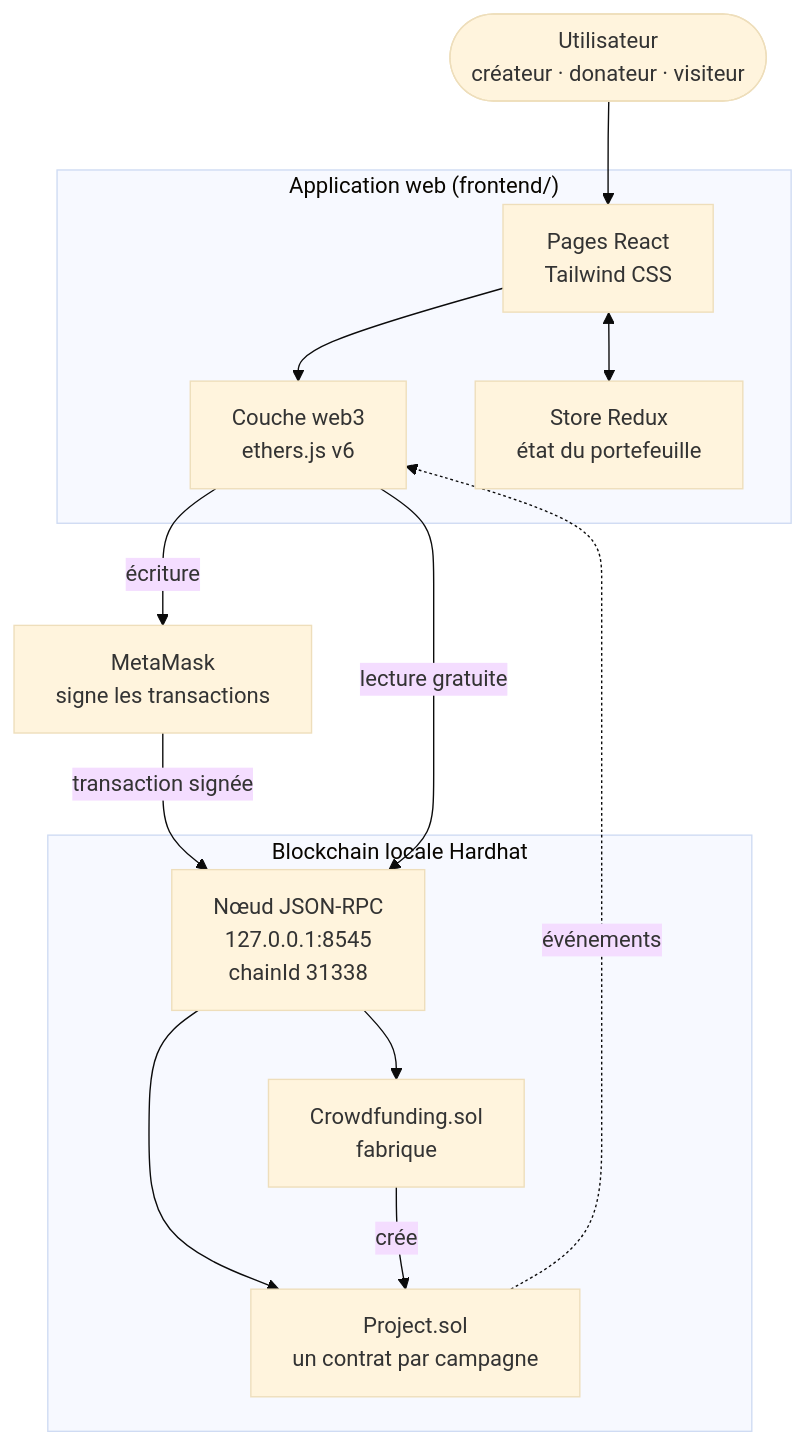
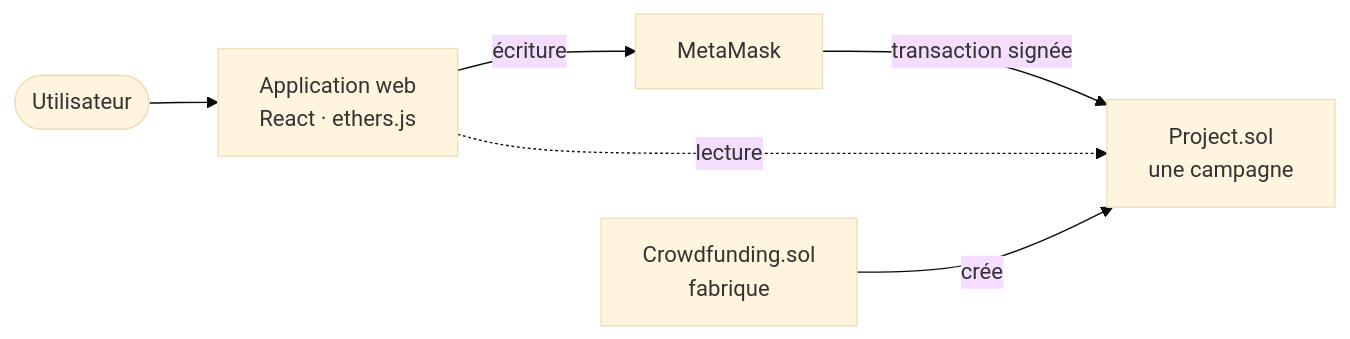
Before and after one commit to Chaksterr/Crowdfunding-blockchain: the first of 2 diagrams in README.md, drawn with Mermaid (base theme). The commit also changed other lines of this file and 13 other files, not shown here.

````diff
--- a/README.md
+++ b/README.md
@@ -43,29 +90,8 @@
 ```mermaid
-flowchart TB
-    U(["Utilisateur<br/>créateur · donateur · visiteur"])
-
-    subgraph WEB["Application web (frontend/)"]
-        UI["Pages React<br/>Tailwind CSS"]
-        W3["Couche web3<br/>ethers.js v6"]
-        ST["Store Redux<br/>état du portefeuille"]
-    end
-
-    MM["MetaMask<br/>signe les transactions"]
-
-    subgraph CHAIN["Blockchain locale Hardhat"]
-        RPC["Nœud JSON-RPC<br/>127.0.0.1:8545<br/>chainId 31338"]
-        F["Crowdfunding.sol<br/>fabrique"]
-        P["Project.sol<br/>un contrat par campagne"]
-    end
-
-    U --> UI
-    UI --> W3
-    UI <--> ST
-    W3 -- "écriture" --> MM
-    MM -- "transaction signée" --> RPC
-    W3 -- "lecture gratuite" --> RPC
-    RPC --> F
-    RPC --> P
-    F -- "crée" --> P
-    P -. "événements" .-> W3
+flowchart LR
+    U(["Utilisateur"]) --> UI["Application web<br/>React · ethers.js"]
+    UI -- "écriture" --> MM["MetaMask"]
+    MM -- "transaction signée" --> P
+    UI -. "lecture" .-> P
+    F["Crowdfunding.sol<br/>fabrique"] -- "crée" --> P["Project.sol<br/>une campagne"]
 ```
````
